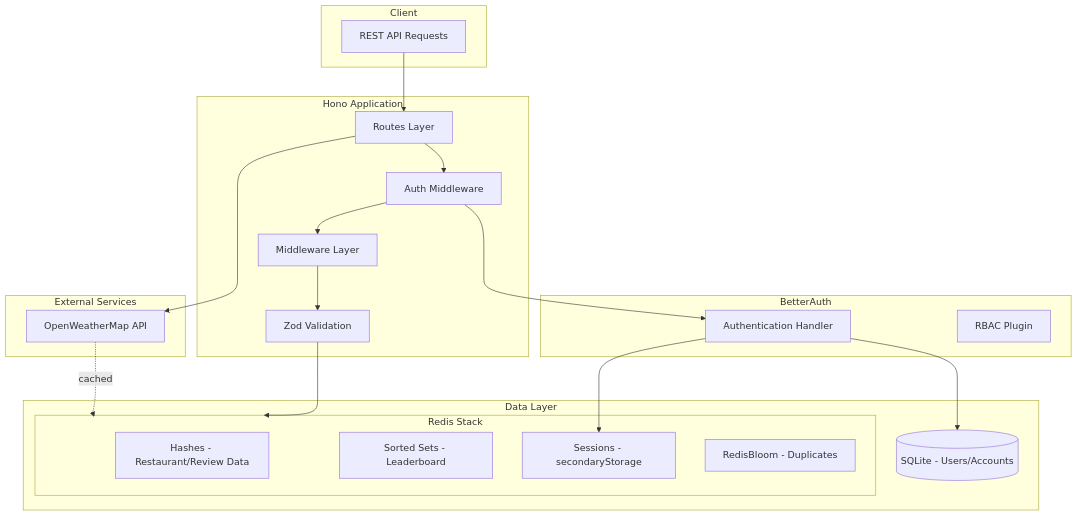
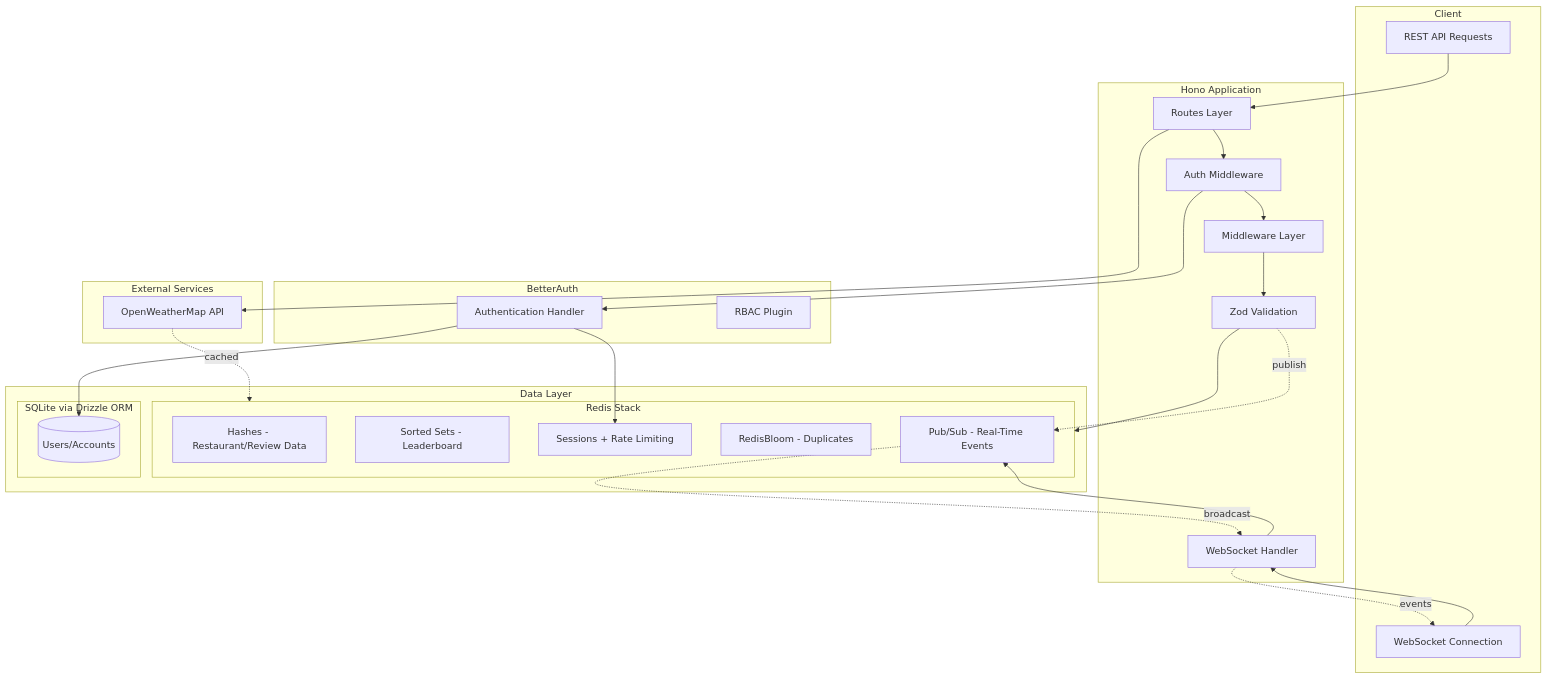
The diagram in README.md (Pr1ncep5/bites-ratings-api), drawn with Mermaid before and after one commit. The commit also changed other lines of this file, not shown here.

````diff
--- a/README.md
+++ b/README.md
@@ -41,43 +43,54 @@
 ```mermaid
 flowchart TB
     subgraph client [Client]
         API[REST API Requests]
+        WS[WebSocket Connection]
     end
 
     subgraph app [Hono Application]
         Routes[Routes Layer]
         AuthMW[Auth Middleware]
         MW[Middleware Layer]
         Valid[Zod Validation]
+        WSHandler[WebSocket Handler]
     end
 
     subgraph auth [BetterAuth]
         BA[Authentication Handler]
         RBAC[RBAC Plugin]
     end
 
     subgraph storage [Data Layer]
         subgraph redis [Redis Stack]
             Hash[Hashes - Restaurant/Review Data]
             SSet[Sorted Sets - Leaderboard]
-            Sessions[Sessions - secondaryStorage]
+            Sessions[Sessions + Rate Limiting]
             Bloom[RedisBloom - Duplicates]
+            PubSub[Pub/Sub - Real-Time Events]
         end
-        SQLite[(SQLite - Users/Accounts)]
+        subgraph sqlite [SQLite via Drizzle ORM]
+            Users[(Users/Accounts)]
+        end
     end
 
     subgraph external [External Services]
         Weather[OpenWeatherMap API]
     end
 
     API --> Routes
     Routes --> AuthMW
     AuthMW --> BA
-    BA --> SQLite
+    BA --> Users
     BA --> Sessions
     AuthMW --> MW
     MW --> Valid
     Valid --> redis
+    Valid -.-> |publish| PubSub
     Routes --> Weather
     Weather -.-> |cached| redis
+
+    WS --> WSHandler
+    WSHandler --> PubSub
+    PubSub -.-> |broadcast| WSHandler
+    WSHandler -.-> |events| WS
 ```
````
